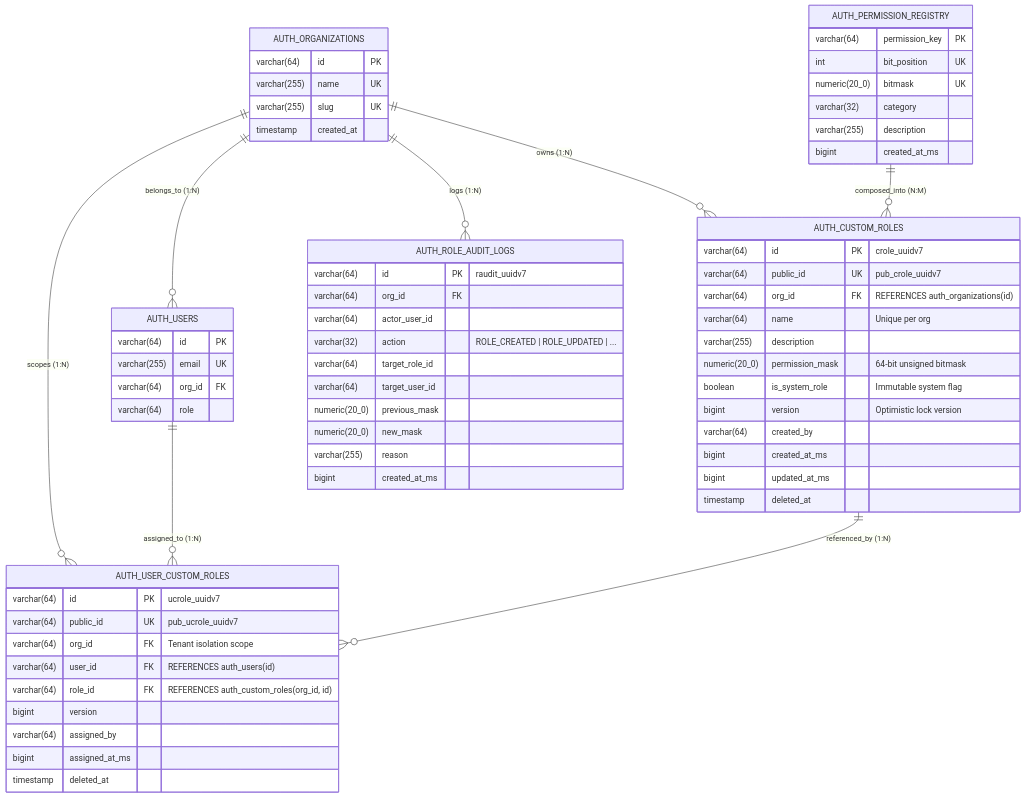
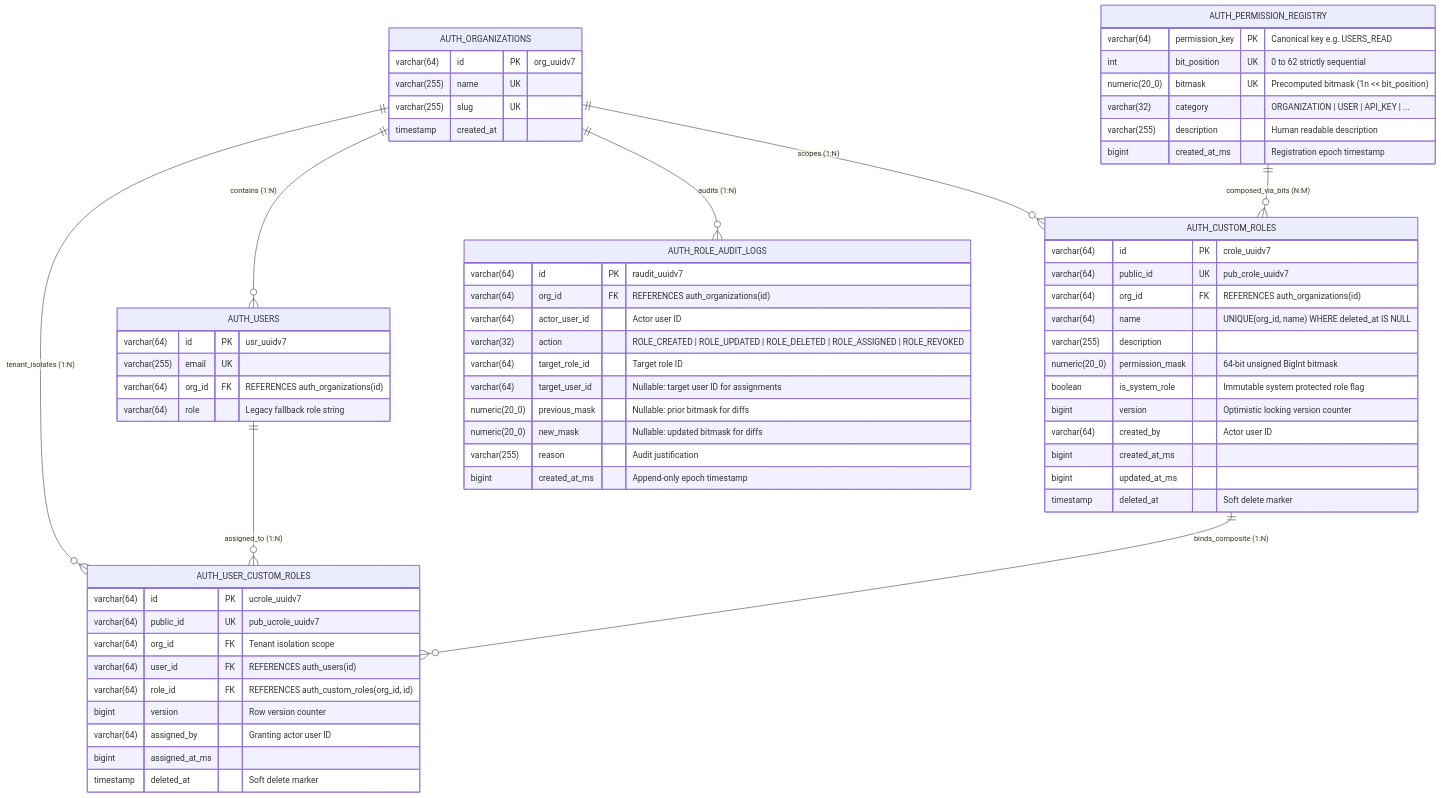
One commit to Scaibu/auth changed the first of 4 diagrams in adr/0030-custom-enterprise-roles-and-64-bit-permission-bitmasks.md. Above: the diagram before and after it, drawn with Mermaid. The commit also changed other lines of this file, not shown here.

Commit message:
docs(adr0030): enrich diagrams with role state machine, cache fast-path, and composite constraints

````diff
--- a/adr/0030-custom-enterprise-roles-and-64-bit-permission-bitmasks.md
+++ b/adr/0030-custom-enterprise-roles-and-64-bit-permission-bitmasks.md
@@ -77,73 +77,73 @@
 ```mermaid
 erDiagram
-    AUTH_ORGANIZATIONS ||--o{ AUTH_CUSTOM_ROLES : "owns (1:N)"
-    AUTH_ORGANIZATIONS ||--o{ AUTH_USERS : "belongs_to (1:N)"
-    AUTH_ORGANIZATIONS ||--o{ AUTH_USER_CUSTOM_ROLES : "scopes (1:N)"
-    AUTH_ORGANIZATIONS ||--o{ AUTH_ROLE_AUDIT_LOGS : "logs (1:N)"
+    AUTH_ORGANIZATIONS ||--o{ AUTH_CUSTOM_ROLES : "scopes (1:N)"
+    AUTH_ORGANIZATIONS ||--o{ AUTH_USERS : "contains (1:N)"
+    AUTH_ORGANIZATIONS ||--o{ AUTH_USER_CUSTOM_ROLES : "tenant_isolates (1:N)"
+    AUTH_ORGANIZATIONS ||--o{ AUTH_ROLE_AUDIT_LOGS : "audits (1:N)"
     AUTH_USERS ||--o{ AUTH_USER_CUSTOM_ROLES : "assigned_to (1:N)"
-    AUTH_CUSTOM_ROLES ||--o{ AUTH_USER_CUSTOM_ROLES : "referenced_by (1:N)"
-    AUTH_PERMISSION_REGISTRY ||--o{ AUTH_CUSTOM_ROLES : "composed_into (N:M)"
+    AUTH_CUSTOM_ROLES ||--o{ AUTH_USER_CUSTOM_ROLES : "binds_composite (1:N)"
+    AUTH_PERMISSION_REGISTRY ||--o{ AUTH_CUSTOM_ROLES : "composed_via_bits (N:M)"
 
     AUTH_PERMISSION_REGISTRY {
-        varchar(64) permission_key PK
-        int bit_position UK
-        numeric(20_0) bitmask UK
-        varchar(32) category
-        varchar(255) description
-        bigint created_at_ms
+        varchar(64) permission_key PK "Canonical key e.g. USERS_READ"
+        int bit_position UK "0 to 62 strictly sequential"
+        numeric(20_0) bitmask UK "Precomputed bitmask (1n << bit_position)"
+        varchar(32) category "ORGANIZATION | USER | API_KEY | ..."
+        varchar(255) description "Human readable description"
+        bigint created_at_ms "Registration epoch timestamp"
     }
 
     AUTH_ORGANIZATIONS {
-        varchar(64) id PK
+        varchar(64) id PK "org_uuidv7"
         varchar(255) name UK
         varchar(255) slug UK
         timestamp created_at
     }
 
     AUTH_USERS {
-        varchar(64) id PK
+        varchar(64) id PK "usr_uuidv7"
         varchar(255) email UK
-        varchar(64) org_id FK
-        varchar(64) role
+        varchar(64) org_id FK "REFERENCES auth_organizations(id)"
+        varchar(64) role "Legacy fallback role string"
     }
 
     AUTH_CUSTOM_ROLES {
         varchar(64) id PK "crole_uuidv7"
         varchar(64) public_id UK "pub_crole_uuidv7"
         varchar(64) org_id FK "REFERENCES auth_organizations(id)"
-        varchar(64) name "Unique per org"
+        varchar(64) name "UNIQUE(org_id, name) WHERE deleted_at IS NULL"
         varchar(255) description
-        numeric(20_0) permission_mask "64-bit unsigned bitmask"
-        boolean is_system_role "Immutable system flag"
-        bigint version "Optimistic lock version"
-        varchar(64) created_by
+        numeric(20_0) permission_mask "64-bit unsigned BigInt bitmask"
+        boolean is_system_role "Immutable system protected role flag"
+        bigint version "Optimistic locking version counter"
+        varchar(64) created_by "Actor user ID"
         bigint created_at_ms
         bigint updated_at_ms
-        timestamp deleted_at
+        timestamp deleted_at "Soft delete marker"
     }
 
     AUTH_USER_CUSTOM_ROLES {
         varchar(64) id PK "ucrole_uuidv7"
         varchar(64) public_id UK "pub_ucrole_uuidv7"
         varchar(64) org_id FK "Tenant isolation scope"
         varchar(64) user_id FK "REFERENCES auth_users(id)"
         varchar(64) role_id FK "REFERENCES auth_custom_roles(org_id, id)"
-        bigint version
-        varchar(64) assigned_by
+        bigint version "Row version counter"
+        varchar(64) assigned_by "Granting actor user ID"
         bigint assigned_at_ms
-        timestamp deleted_at
+        timestamp deleted_at "Soft delete marker"
     }
 
     AUTH_ROLE_AUDIT_LOGS {
         varchar(64) id PK "raudit_uuidv7"
-        varchar(64) org_id FK
-        varchar(64) actor_user_id
-        varchar(32) action "ROLE_CREATED | ROLE_UPDATED | ..."
-        varchar(64) target_role_id
-        varchar(64) target_user_id
-        numeric(20_0) previous_mask
-        numeric(20_0) new_mask
-        varchar(255) reason
-        bigint created_at_ms
+        varchar(64) org_id FK "REFERENCES auth_organizations(id)"
+        varchar(64) actor_user_id "Actor user ID"
+        varchar(32) action "ROLE_CREATED | ROLE_UPDATED | ROLE_DELETED | ROLE_ASSIGNED | ROLE_REVOKED"
+        varchar(64) target_role_id "Target role ID"
+        varchar(64) target_user_id "Nullable: target user ID for assignments"
+        numeric(20_0) previous_mask "Nullable: prior bitmask for diffs"
+        numeric(20_0) new_mask "Nullable: updated bitmask for diffs"
+        varchar(255) reason "Audit justification"
+        bigint created_at_ms "Append-only epoch timestamp"
     }
 ```
````
